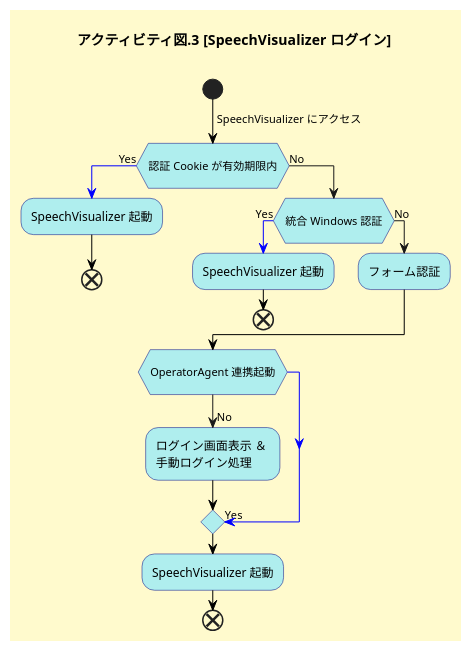
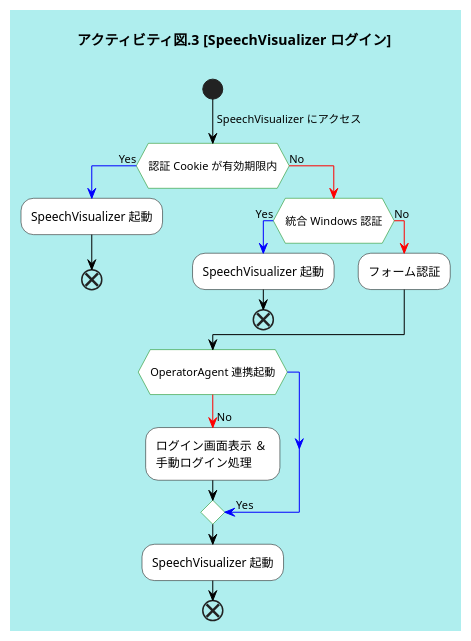
One commit to ytakagi-ponkotsu/function changed the third of 6 diagrams in 詳解 Communication Suite 機能編.md. Above: the diagram before and after it, drawn with PlantUML.

Commit message:
2020/06/05 アクティビティ図のスタイル修正

````diff
--- a/詳解 Communication Suite 機能編.md
+++ b/詳解 Communication Suite 機能編.md
@@ -1201,45 +1201,45 @@
 		```plantuml
 		@startuml
+
 		skinparam {
-		defaultFontName BIZ UDPゴシック
+			shadowing false
+			defaultFontName "Segoe UI, BIZ UDPゴシック, sans-serif"
+			BackgroundColor #afeeee
+			ArrowColor black
 		}
-		skinparam backgroundColor #fffacd
+
 		skinparam activity  {
-		BackgroundColor #afeeee
-		BorderColor #000080
+			BorderColor #000000
+			DiamondBorderColor #008000
+			BackgroundColor #ffffff
 		}
+
 		title アクティビティ図.3 [SpeechVisualizer ログイン]\n
 
 		start;
 		-[#black]-> SpeechVisualizer にアクセス;
 		if (\n認証 Cookie が有効期限内\n) then
-		  -[#blue]-> Yes;
+			-[#blue]-> Yes;
 			:SpeechVisualizer 起動;
-			-[#black]->
 			end;
 		else
-		  -> No;
+		-[#red]-> No;
 				if (\n統合 Windows 認証\n) then
 					-[#blue]-> \nYes;
 					:SpeechVisualizer 起動;
-					-[#black]->
 					end;
 				else
-				  -> \nNo;
-				  :フォーム認証;
-					-[#black]->
+					-[#red]-> No;
+					:フォーム認証;
 				endif
 		endif
 		if (\nOperatorAgent 連携起動\n) then
-			-[#blue]-> \nYes;
+			-[#blue]-> 　Yes;
 		else
-			-> \nNo;
+			-[#red]-> \nNo;
 			:ログイン画面表示 ＆ \n手動ログイン処理;
-			-[#black]->
 		endif
-		-[#black]->
 		:SpeechVisualizer 起動;
-		-[#black]->
 		end;
 		@enduml
 		```
````
